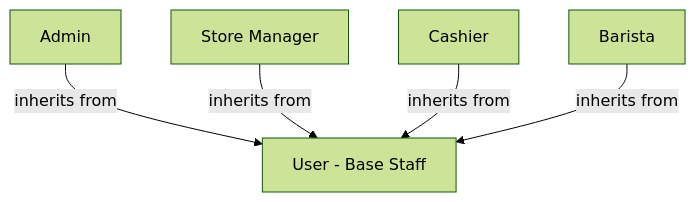
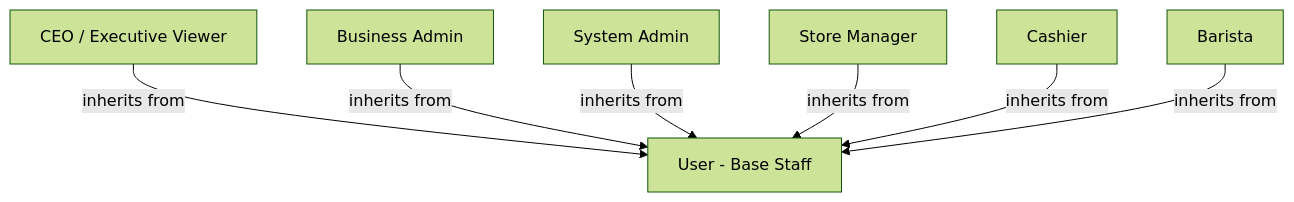
One commit to Shaichi/Khoga_coffe_shop changed the first of 8 diagrams in sections/02_user_requirements.md. Above: the diagram before and after it, drawn with Mermaid (forest theme). The commit also changed other lines of this file and 26 other files, not shown here.

````diff
--- a/sections/02_user_requirements.md
+++ b/sections/02_user_requirements.md
@@ -22,14 +26,18 @@
 ```mermaid
 graph TD
     %% Actor Generalization Diagram
     User[User - Base Staff]
-    Admin[Admin]
+    CEOViewer[CEO / Executive Viewer]
+    BizAdmin[Business Admin]
+    SysAdmin[System Admin]
     Manager[Store Manager]
     Cashier[Cashier]
     Barista[Barista]
 
-    Admin --> |"inherits from"| User
+    CEOViewer --> |"inherits from"| User
+    BizAdmin --> |"inherits from"| User
+    SysAdmin --> |"inherits from"| User
     Manager --> |"inherits from"| User
     Cashier --> |"inherits from"| User
     Barista --> |"inherits from"| User
 ```
````
